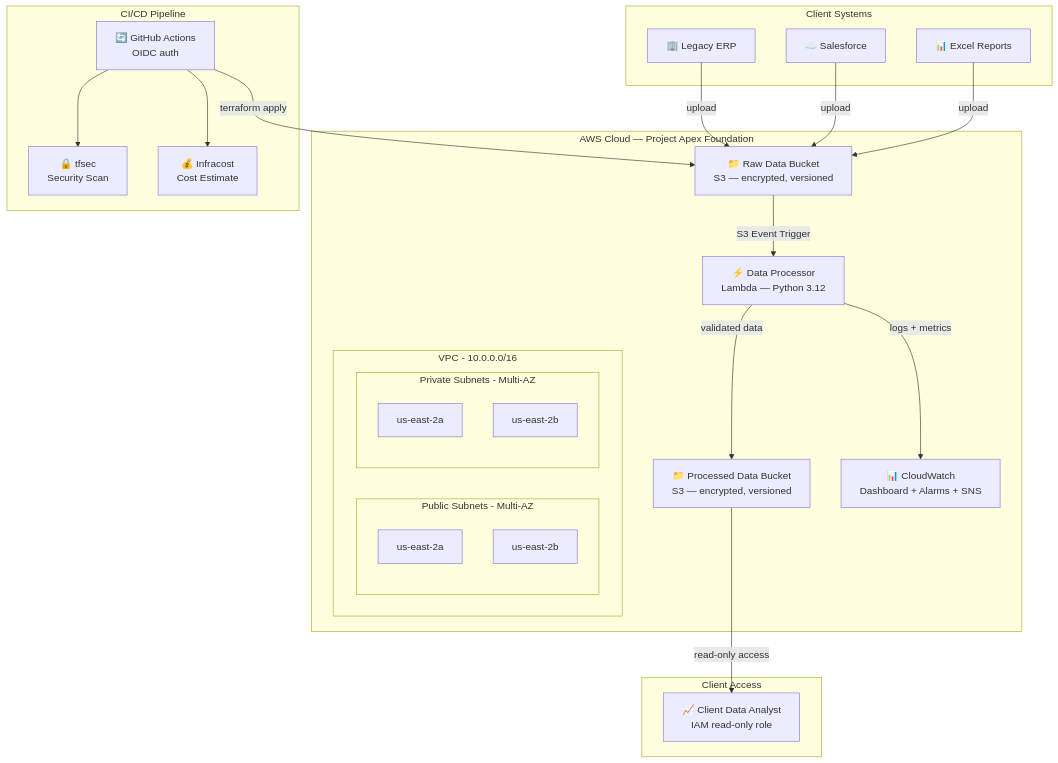
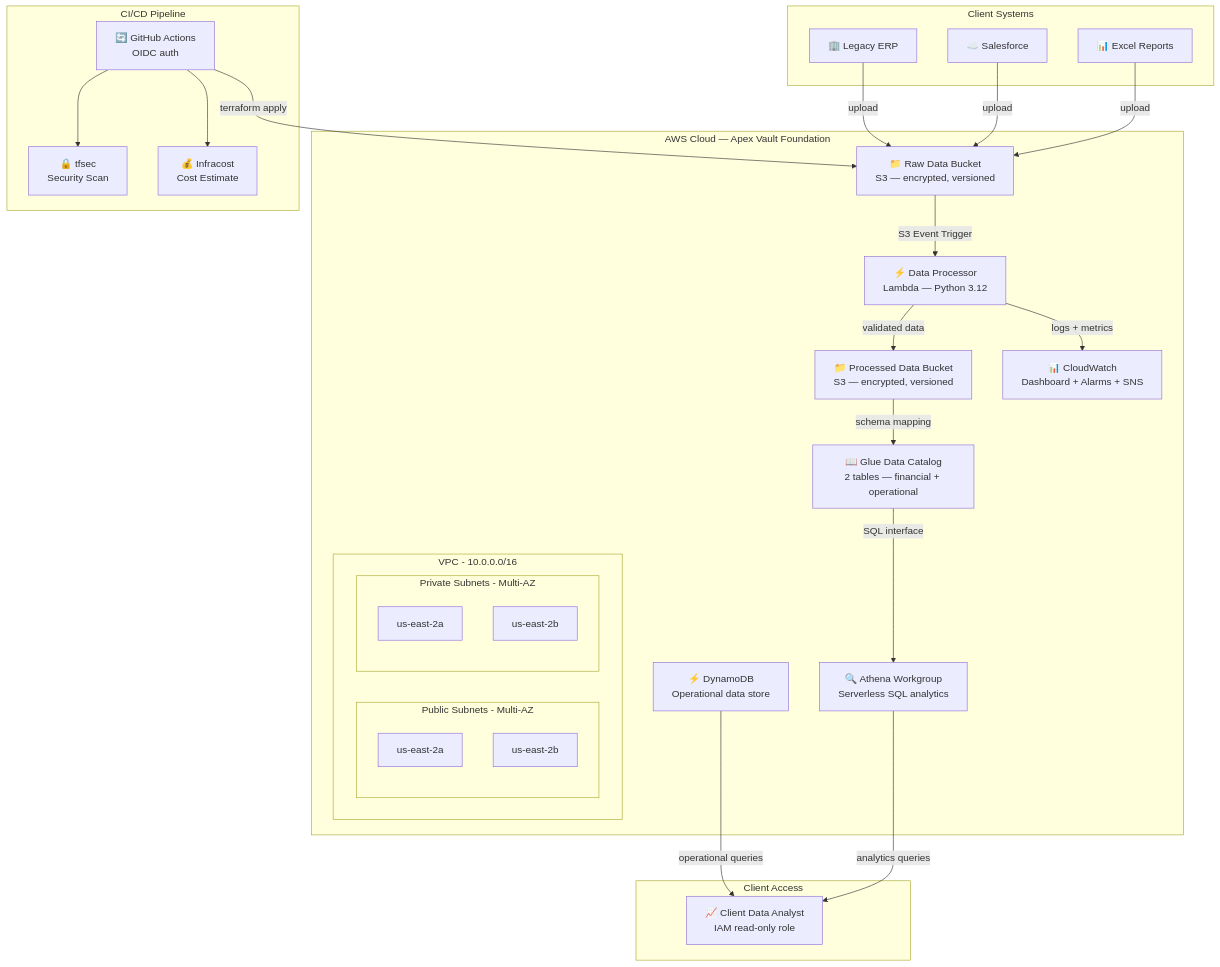
The diagram in README.md (maxx1/Apex-Vault), drawn with Mermaid before and after one commit. The commit also changed other lines of this file and 16 other files, not shown here.

First line of the commit message:
feat: Apex Vault V2 — dashboard, docs, multi-tenant infrastructure

````diff
--- a/README.md
+++ b/README.md
@@ -17,47 +21,53 @@
 ```mermaid
 flowchart TB
     subgraph "Client Systems"
         ERP["🏢 Legacy ERP"]
         SF["☁️ Salesforce"]
         XLS["📊 Excel Reports"]
     end
 
-    subgraph "AWS Cloud — Project Apex Foundation"
+    subgraph "AWS Cloud — Apex Vault Foundation"
         subgraph "VPC - 10.0.0.0/16"
             subgraph "Public Subnets - Multi-AZ"
                 PUB1["us-east-2a"]
                 PUB2["us-east-2b"]
             end
             subgraph "Private Subnets - Multi-AZ"
                 PRIV1["us-east-2a"]
                 PRIV2["us-east-2b"]
             end
         end
 
         RAW["📁 Raw Data Bucket\nS3 — encrypted, versioned"]
         LAMBDA["⚡ Data Processor\nLambda — Python 3.12"]
         PROC["📁 Processed Data Bucket\nS3 — encrypted, versioned"]
+        GLUE["📖 Glue Data Catalog\n2 tables — financial + operational"]
+        ATHENA["🔍 Athena Workgroup\nServerless SQL analytics"]
+        DYNAMO["⚡ DynamoDB\nOperational data store"]
         CW["📊 CloudWatch\nDashboard + Alarms + SNS"]
     end
 
     subgraph "Client Access"
         ANALYST["📈 Client Data Analyst\nIAM read-only role"]
     end
 
     subgraph "CI/CD Pipeline"
         GH["🔄 GitHub Actions\nOIDC auth"]
         TFSEC["🔒 tfsec\nSecurity Scan"]
         COST["💰 Infracost\nCost Estimate"]
     end
 
     ERP --> |upload| RAW
     SF --> |upload| RAW
     XLS --> |upload| RAW
     RAW --> |S3 Event Trigger| LAMBDA
     LAMBDA --> |validated data| PROC
     LAMBDA --> |logs + metrics| CW
-    PROC --> |read-only access| ANALYST
+    PROC --> |schema mapping| GLUE
+    GLUE --> |SQL interface| ATHENA
+    DYNAMO --> |operational queries| ANALYST
+    ATHENA --> |analytics queries| ANALYST
     GH --> |terraform apply| RAW
     GH --> TFSEC
     GH --> COST
 ```
````
